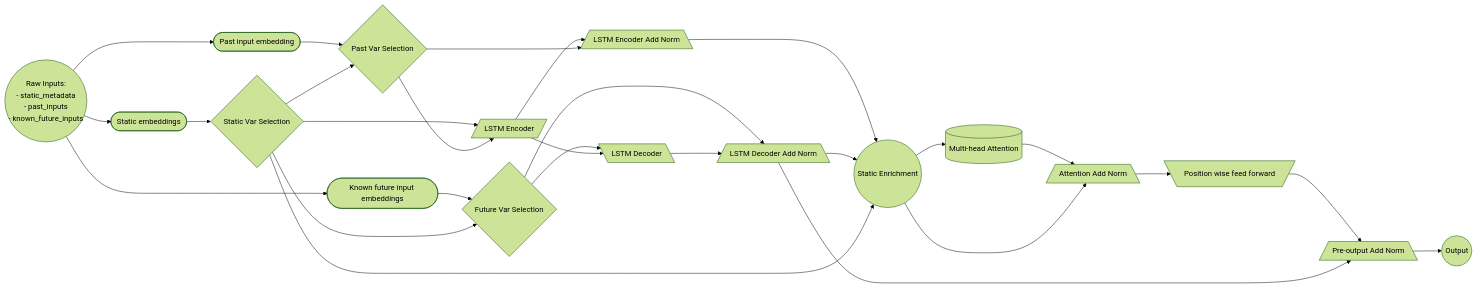
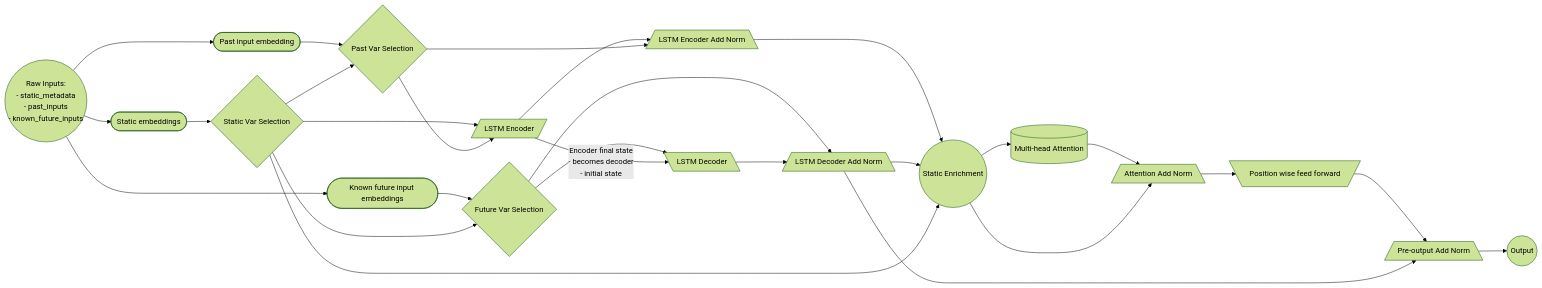
One commit to Luke-Chesley/tft_development changed the first of 2 diagrams in readme.md. Above: the diagram before and after it, drawn with Mermaid (forest theme). The commit also changed other lines of this file and 1 other file, not shown here.

````diff
--- a/readme.md
+++ b/readme.md
@@ -6,31 +6,31 @@
 ```mermaid
 
 graph LR
     A((Raw Inputs:<br>- static_metadata<br>- past_inputs<br>- known_future_inputs)) --> BB([Static embeddings])
     A --> BBB([Past input embedding])
     A --> BBBB([Known future input embeddings])
     BB --> C{Static Var Selection}
     BBB --> CC{Past Var Selection}
     BBBB --> CCC{Future Var Selection}
     C --> CC
     C --> CCC
     C ---> D[/LSTM Encoder/]
     CC --> D
     CCC --> E[\LSTM Decoder\]
-    D --> E
+    D -->|Encoder final state <br>- becomes decoder <br>- initial state| E
     D --> F[/LSTM Encoder Add Norm\]
     CC --> F
     F --> G((Static Enrichment))
     CCC --> FF[/LSTM Decoder Add Norm\]
     E --> FF
     FF --> G
     C --> G
     G --> H[(Multi-head Attention)]
     H --> I[/Attention Add Norm\]
     G --> I
     I --> J[\Position wise feed forward/]
     J --> K[/Pre-output Add Norm\]
     FF --> K
     K --> L((Output))
 
 ```
````
